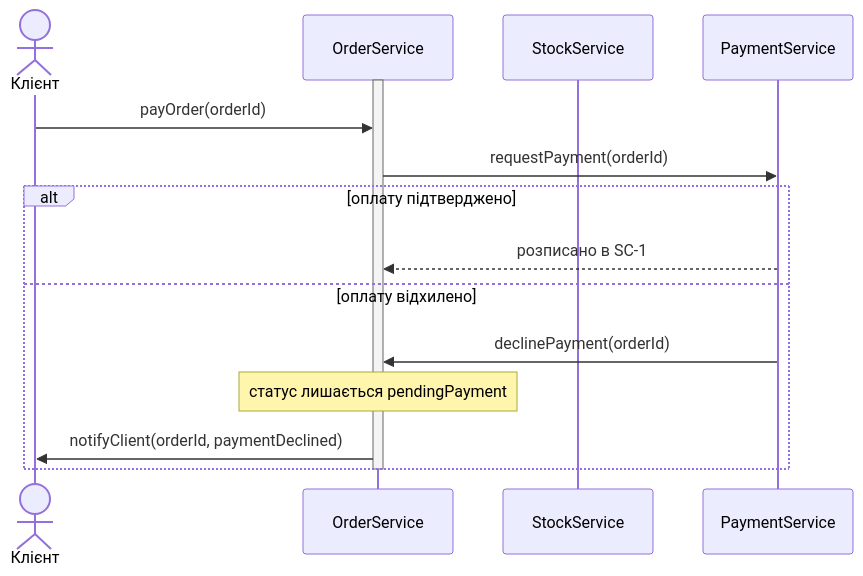
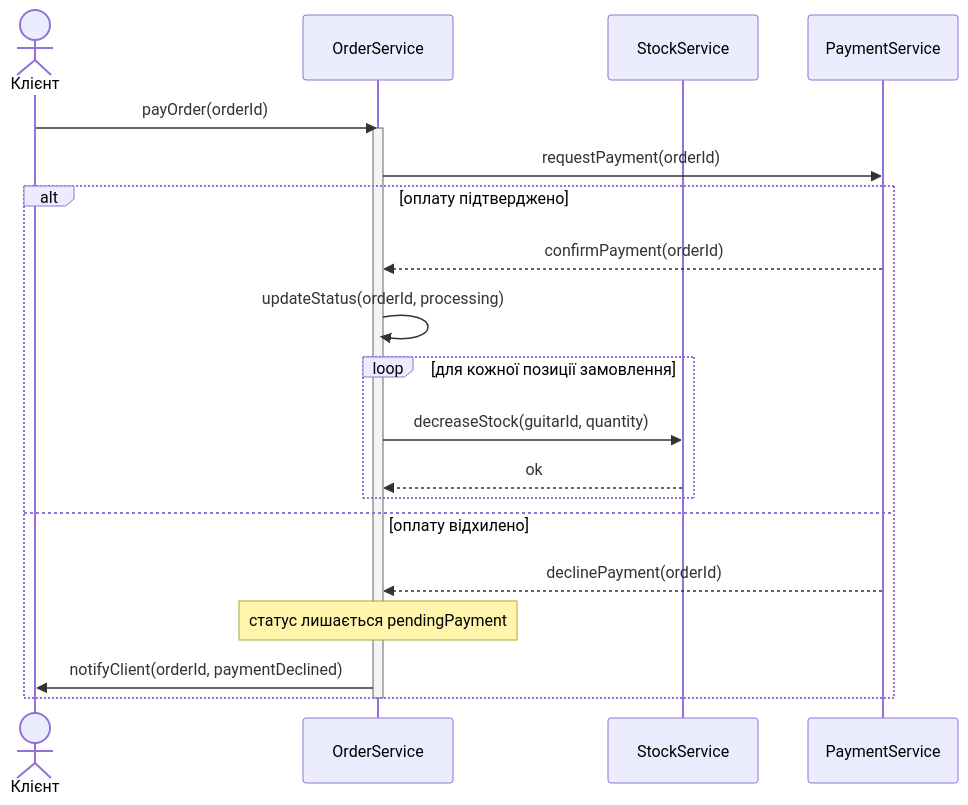
Before and after one commit to skhtrntyjt/KPI2: the first of 3 diagrams in lab3/sequence-diagrams.md, drawn with Mermaid. The commit also changed other lines of this file, not shown here.

Commit message:
Update sequence diagrams for payment processes

````diff
--- a/lab3/sequence-diagrams.md
+++ b/lab3/sequence-diagrams.md
@@ -17,19 +2,24 @@
 ```mermaid
 sequenceDiagram
     actor Клієнт
     participant OrderService
     participant StockService
     participant PaymentService
 
+    Клієнт ->> OrderService: payOrder(orderId)
     activate OrderService
-    Клієнт ->> OrderService: payOrder(orderId)
     OrderService ->> PaymentService: requestPayment(orderId)
     alt оплату підтверджено
-        PaymentService -->> OrderService: розписано в SC-1
+        PaymentService -->> OrderService: confirmPayment(orderId)
+        OrderService ->> OrderService: updateStatus(orderId, processing)
+        loop для кожної позиції замовлення
+            OrderService ->> StockService: decreaseStock(guitarId, quantity)
+            StockService -->> OrderService: ok
+        end
     else оплату відхилено
-        PaymentService ->> OrderService: declinePayment(orderId)
+        PaymentService -->> OrderService: declinePayment(orderId)
         Note over OrderService: статус лишається pendingPayment
         OrderService ->> Клієнт: notifyClient(orderId, paymentDeclined)
     end
     deactivate OrderService
 ```
````
